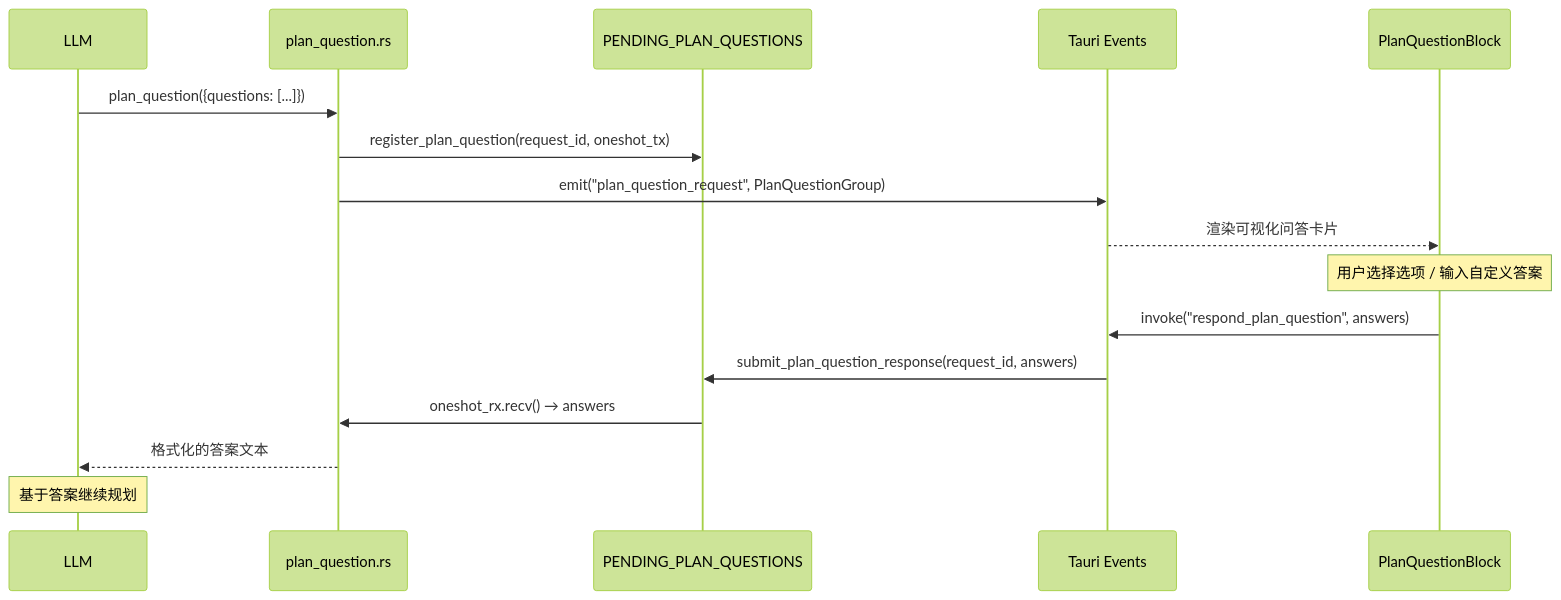
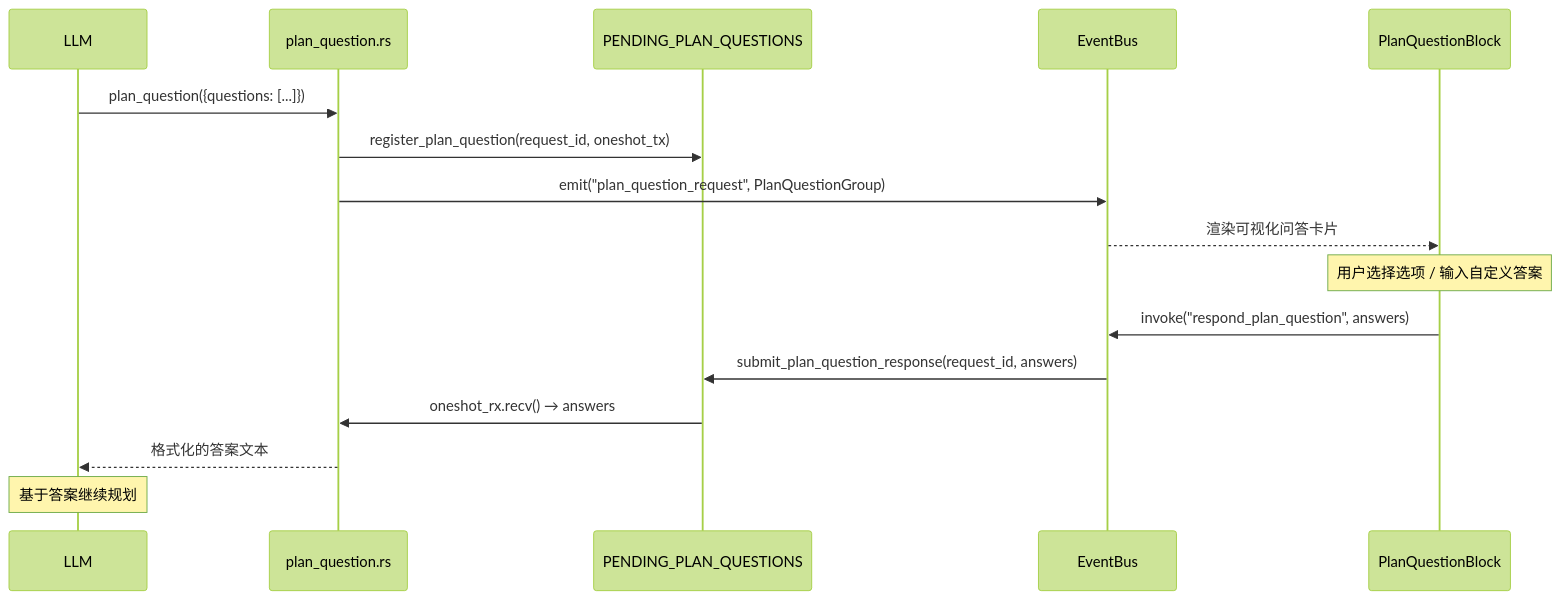
One commit to shiwenwen/hope-agent changed the fourth of 10 diagrams in docs/architecture/plan-mode.md. Above: the diagram before and after it, drawn with Mermaid (forest theme). The commit also changed other lines of this file and 21 other files, not shown here.

````diff
--- a/docs/architecture/plan-mode.md
+++ b/docs/architecture/plan-mode.md
@@ -483,22 +483,22 @@
 ```mermaid
 sequenceDiagram
     participant LLM
     participant Tool as plan_question.rs
     participant Registry as PENDING_PLAN_QUESTIONS
-    participant Tauri as Tauri Events
+    participant EventBus as EventBus
     participant UI as PlanQuestionBlock
 
     LLM->>Tool: plan_question({questions: [...]})
     Tool->>Registry: register_plan_question(request_id, oneshot_tx)
-    Tool->>Tauri: emit("plan_question_request", PlanQuestionGroup)
-    Tauri-->>UI: 渲染可视化问答卡片
+    Tool->>EventBus: emit("plan_question_request", PlanQuestionGroup)
+    EventBus-->>UI: 渲染可视化问答卡片
 
     Note over UI: 用户选择选项 / 输入自定义答案
 
-    UI->>Tauri: invoke("respond_plan_question", answers)
-    Tauri->>Registry: submit_plan_question_response(request_id, answers)
+    UI->>EventBus: invoke("respond_plan_question", answers)
+    EventBus->>Registry: submit_plan_question_response(request_id, answers)
     Registry->>Tool: oneshot_rx.recv() → answers
 
     Tool-->>LLM: 格式化的答案文本
     Note over LLM: 基于答案继续规划
 ```
````
